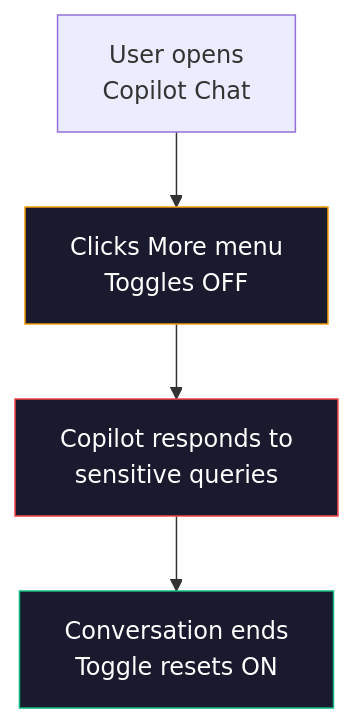
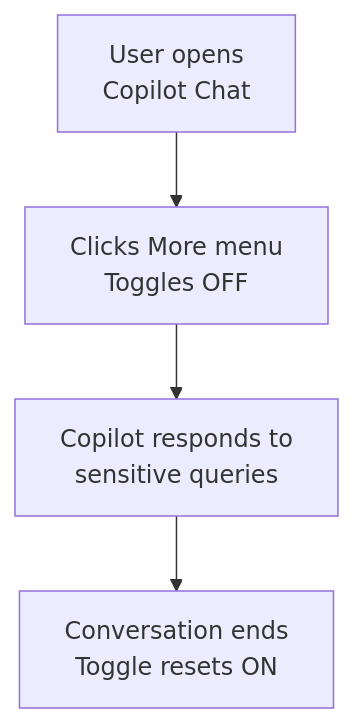
One commit to susanthgit/aguidetocloud-revamp changed the second of 4 diagrams in content/blog/microsoft-365-copilot-content-safety-controls-complete-guide-for-admins.md. Above: the diagram before and after it, drawn with Mermaid. The commit also changed other lines of this file and 553 other files, not shown here.

First line of the commit message:
🌸 Z17: Zen Mermaid diagrams — Stripe Docs style

````diff
--- a/content/blog/microsoft-365-copilot-content-safety-controls-complete-guide-for-admins.md
+++ b/content/blog/microsoft-365-copilot-content-safety-controls-complete-guide-for-admins.md
@@ -173,10 +169,7 @@
 ```mermaid
 flowchart TD
     A["User opens<br/>Copilot Chat"] --> B["Clicks More menu<br/>Toggles OFF"]
     B --> C["Copilot responds to<br/>sensitive queries"]
     C --> D["Conversation ends<br/>Toggle resets ON"]
     
-    style B fill:#1a1a2e,stroke:#F59E0B,color:#fff
-    style C fill:#1a1a2e,stroke:#EF4444,color:#fff
-    style D fill:#1a1a2e,stroke:#10B981,color:#fff
 ```
````
